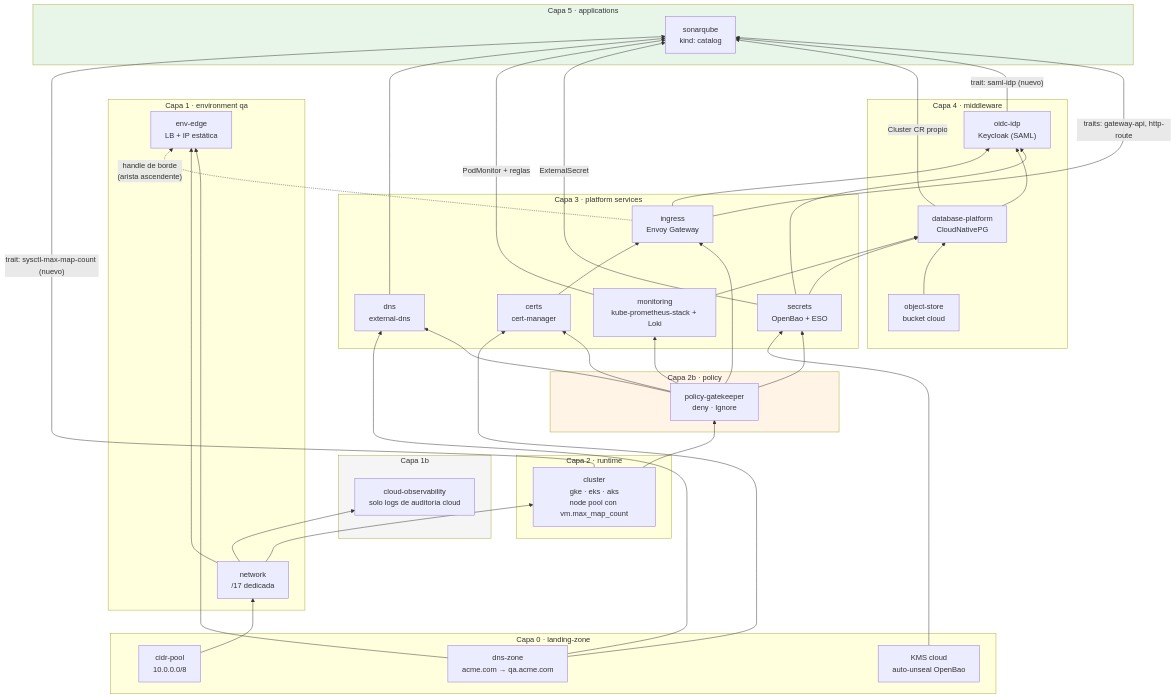
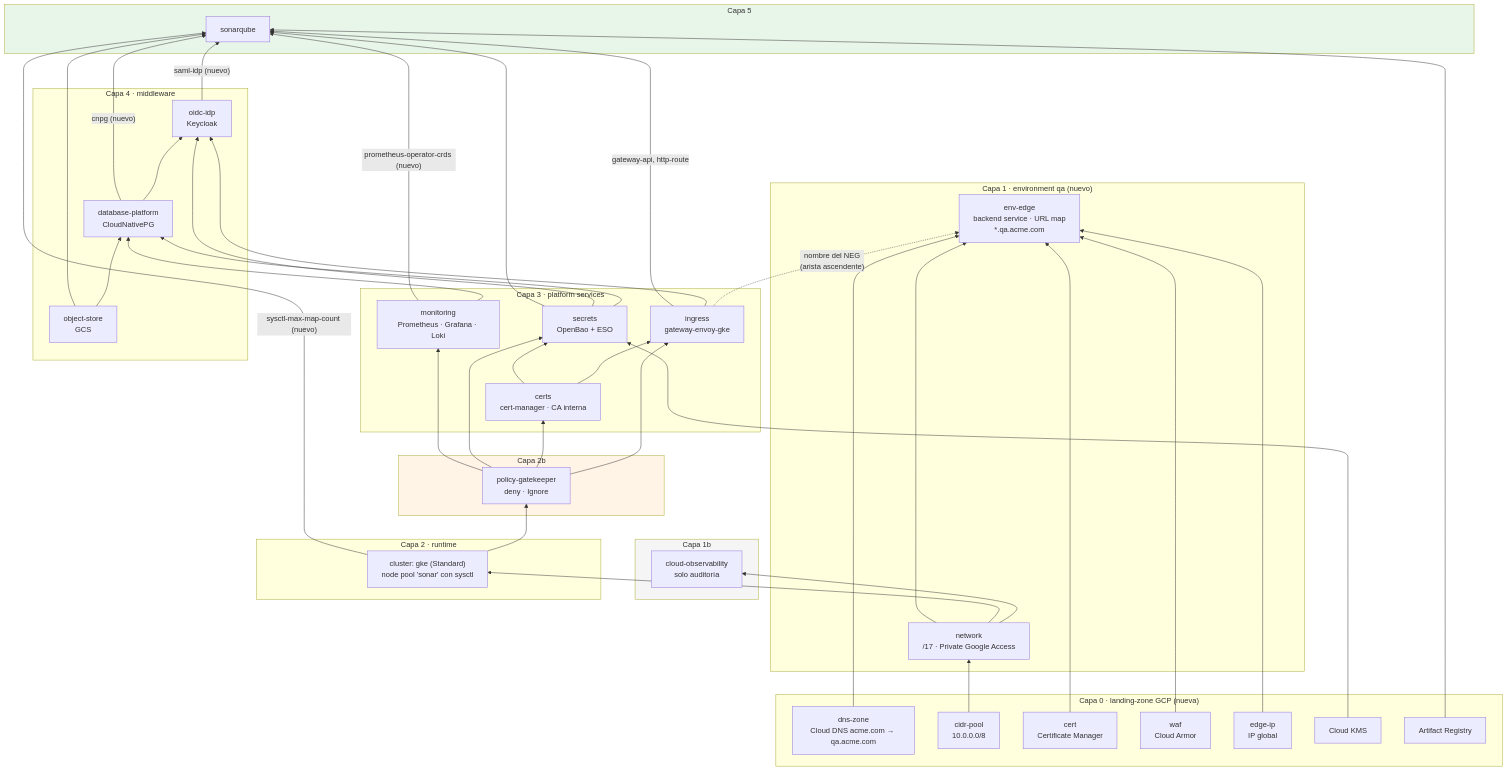
One commit to aescanero/proposal_documents changed the diagram in docs/proposals/sonarqube-qa/diagrams/02-capas-dependencias.mmd. Above: the diagram before and after it, drawn with Mermaid. The commit also changed 16 other files, not shown here.

First line of the commit message:
SonarQube qa proposal: apply confirmed context (GCP, GitHub, new env, 200 projects)

```diff
--- a/docs/proposals/sonarqube-qa/diagrams/02-capas-dependencias.mmd
+++ b/docs/proposals/sonarqube-qa/diagrams/02-capas-dependencias.mmd
@@ -1,65 +1,71 @@
 flowchart BT
-    subgraph L0["Capa 0 · landing-zone"]
-        DZ["dns-zone<br/>acme.com → qa.acme.com"]
+    subgraph L0["Capa 0 · landing-zone GCP (nueva)"]
+        DZ["dns-zone<br/>Cloud DNS acme.com → qa.acme.com"]
         CP["cidr-pool<br/>10.0.0.0/8"]
-        KMS["KMS cloud<br/>auto-unseal OpenBao"]
+        CERT["cert<br/>Certificate Manager"]
+        WAF["waf<br/>Cloud Armor"]
+        EIP["edge-ip<br/>IP global"]
+        KMS["Cloud KMS"]
+        AR["Artifact Registry"]
     end
-    subgraph L1["Capa 1 · environment qa"]
-        NET["network<br/>/17 dedicada"]
-        EE["env-edge<br/>LB + IP estática"]
+    subgraph L1["Capa 1 · environment qa (nuevo)"]
+        NET["network<br/>/17 · Private Google Access"]
+        EE["env-edge<br/>backend service · URL map<br/>*.qa.acme.com"]
     end
     subgraph L1B["Capa 1b"]
-        CO["cloud-observability<br/>solo logs de auditoría cloud"]
+        CO["cloud-observability<br/>solo auditoría"]
     end
     subgraph L2["Capa 2 · runtime"]
-        CL["cluster<br/>gke · eks · aks<br/>node pool con vm.max_map_count"]
+        CL["cluster: gke (Standard)<br/>node pool 'sonar' con sysctl"]
     end
-    subgraph L2B["Capa 2b · policy"]
+    subgraph L2B["Capa 2b"]
         POL["policy-gatekeeper<br/>deny · Ignore"]
     end
     subgraph L3["Capa 3 · platform services"]
-        ING["ingress<br/>Envoy Gateway"]
-        CRT["certs<br/>cert-manager"]
-        DNSX["dns<br/>external-dns"]
+        ING["ingress<br/>gateway-envoy-gke"]
+        CRT["certs<br/>cert-manager · CA interna"]
         SEC["secrets<br/>OpenBao + ESO"]
-        MONI["monitoring<br/>kube-prometheus-stack + Loki"]
+        MONI["monitoring<br/>Prometheus · Grafana · Loki"]
     end
     subgraph L4["Capa 4 · middleware"]
-        IDP["oidc-idp<br/>Keycloak (SAML)"]
         DBP["database-platform<br/>CloudNativePG"]
-        OBJS["object-store<br/>bucket cloud"]
+        IDP["oidc-idp<br/>Keycloak"]
+        OBJS["object-store<br/>GCS"]
     end
-    subgraph L5["Capa 5 · applications"]
-        SQ["sonarqube<br/>kind: catalog"]
+    subgraph L5["Capa 5"]
+        SQ["sonarqube"]
     end
 
     CP --> NET
-    DZ --> EE
-    NET --> EE
     NET --> CO
     NET --> CL
+    DZ --> EE
+    CERT --> EE
+    WAF --> EE
+    EIP --> EE
+    NET --> EE
     CL --> POL
-    POL --> ING & CRT & DNSX & SEC & MONI
+    POL --> ING & CRT & SEC & MONI
     KMS --> SEC
-    DZ --> DNSX
-    DZ --> CRT
     CRT --> ING
-    ING -. "handle de borde<br/>(arista ascendente)" .-> EE
-    SEC --> IDP
-    DBP --> IDP
-    ING --> IDP
+    CRT --> SEC
+    ING -. "nombre del NEG<br/>(arista ascendente)" .-> EE
     SEC --> DBP
     OBJS --> DBP
     MONI --> DBP
+    DBP --> IDP
+    SEC --> IDP
+    ING --> IDP
 
-    ING -->|"traits: gateway-api, http-route"| SQ
-    IDP -->|"trait: saml-idp (nuevo)"| SQ
-    DBP -->|"Cluster CR propio"| SQ
-    SEC -->|"ExternalSecret"| SQ
-    MONI -->|"PodMonitor + reglas"| SQ
-    DNSX --> SQ
-    CL -->|"trait: sysctl-max-map-count (nuevo)"| SQ
+    ING -->|"gateway-api, http-route"| SQ
+    IDP -->|"saml-idp (nuevo)"| SQ
+    DBP -->|"cnpg (nuevo)"| SQ
+    SEC --> SQ
+    MONI -->|"prometheus-operator-crds (nuevo)"| SQ
+    OBJS --> SQ
+    CL -->|"sysctl-max-map-count (nuevo)"| SQ
+    AR --> SQ
 
     style L2B fill:#fff4e5
     style L5 fill:#e8f5e9
     style L1B fill:#f5f5f5
```
